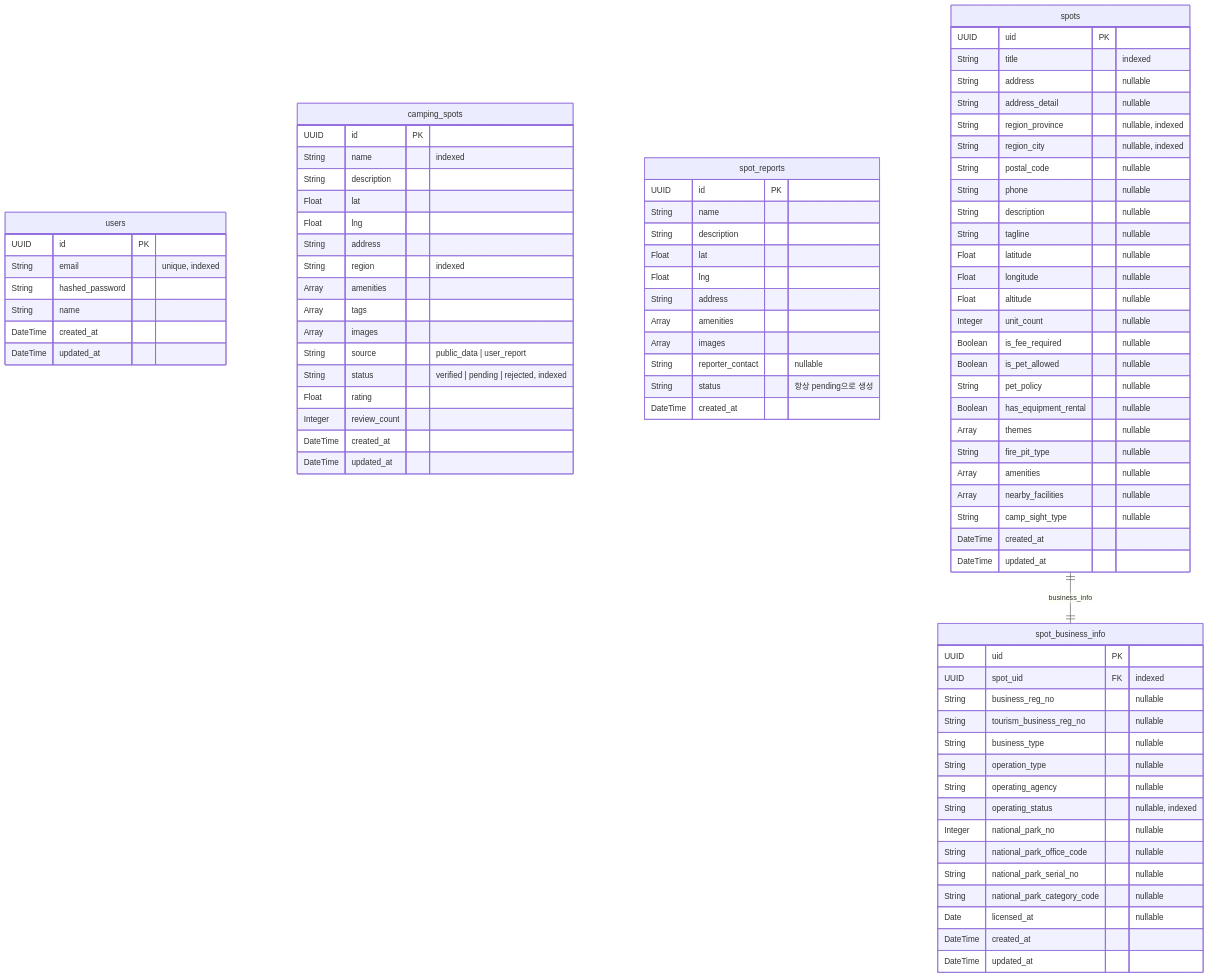
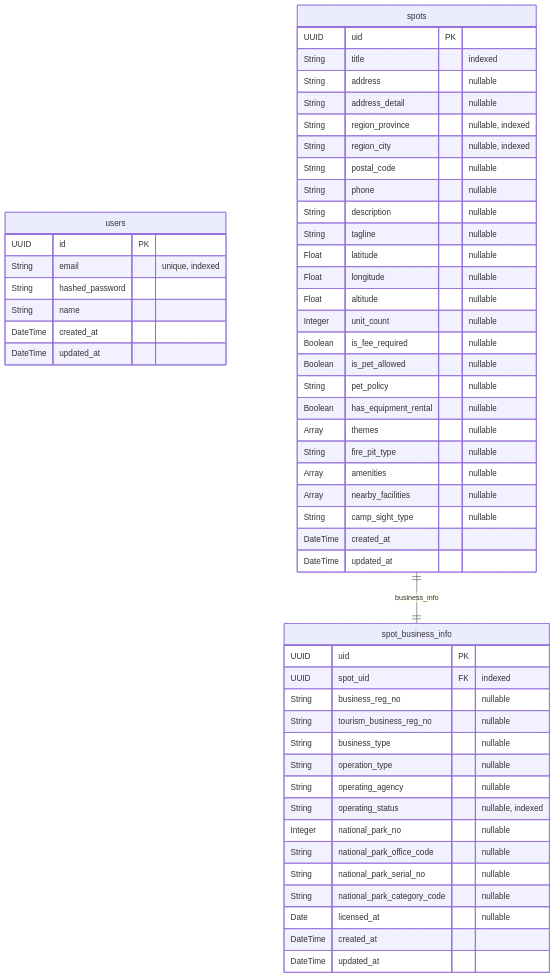
The diagram in docs/erd.md (ask4git/backpackers-api), drawn with Mermaid before and after one commit. The commit also changed other lines of this file and 8 other files, not shown here.

First line of the commit message:
refactor: remove camping_spots and spot_reports, fix UUID auth bug

```diff
--- a/docs/erd.md
+++ b/docs/erd.md
@@ -11,39 +11,6 @@
         String  name
         DateTime created_at
         DateTime updated_at
-    }
-
-    camping_spots {
-        UUID    id           PK
-        String  name         "indexed"
-        String  description
-        Float   lat
-        Float   lng
-        String  address
-        String  region       "indexed"
-        Array   amenities
-        Array   tags
-        Array   images
-        String  source       "public_data | user_report"
-        String  status       "verified | pending | rejected, indexed"
-        Float   rating
-        Integer review_count
-        DateTime created_at
-        DateTime updated_at
-    }
-
-    spot_reports {
-        UUID    id               PK
-        String  name
-        String  description
-        Float   lat
-        Float   lng
-        String  address
-        Array   amenities
-        Array   images
-        String  reporter_contact "nullable"
-        String  status           "항상 pending으로 생성"
-        DateTime created_at
     }
 
     spots {
```
